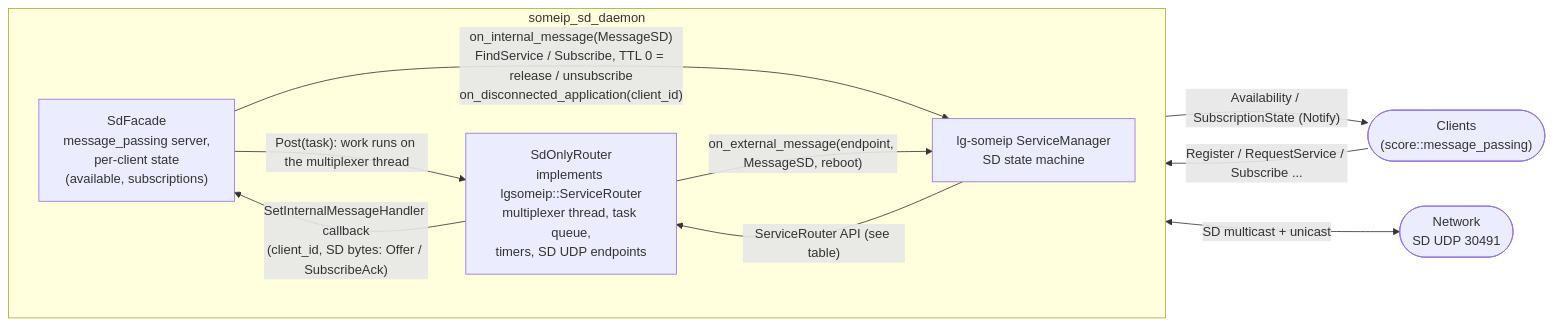
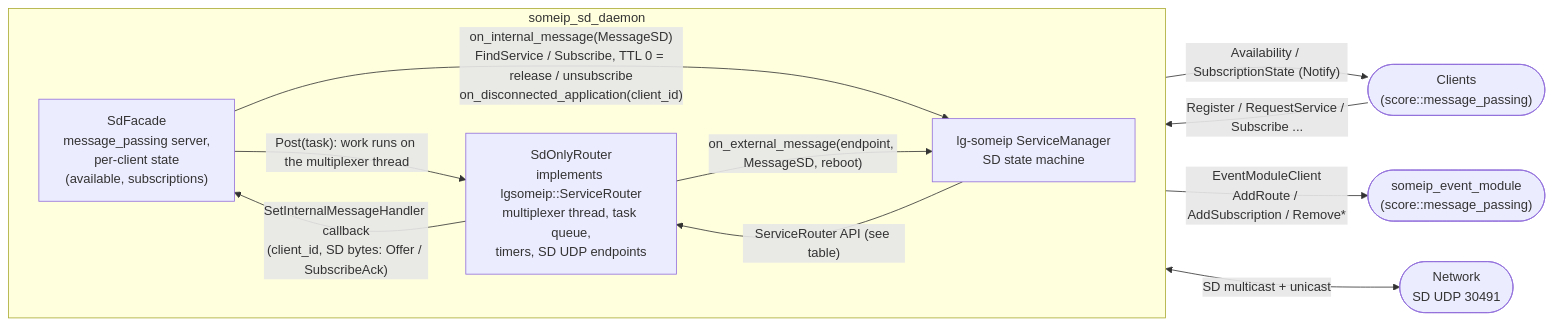
Before and after one commit to sergejwinterbmw/communication: the second of 2 diagrams in experimental/someip_sd/README.md, drawn with Mermaid. The commit also changed other lines of this file, not shown here.

Commit message:
add event module

````diff
--- a/experimental/someip_sd/README.md
+++ b/experimental/someip_sd/README.md
@@ -70,26 +84,28 @@
 ```mermaid
 flowchart LR
     client(["Clients<br/>(score::message_passing)"])
 
     subgraph daemon["someip_sd_daemon"]
         direction LR
         facade["SdFacade<br/>message_passing server,<br/>per-client state<br/>(available, subscriptions)"]
         sm["lg-someip ServiceManager<br/>SD state machine"]
         router["SdOnlyRouter<br/>implements lgsomeip::ServiceRouter<br/>multiplexer thread, task queue,<br/>timers, SD UDP endpoints"]
     end
 
     net(["Network<br/>SD UDP 30491"])
+    module(["someip_event_module<br/>(score::message_passing)"])
 
     client -- "Register / RequestService / Subscribe ..." --> facade
     facade -- "Availability / SubscriptionState (Notify)" --> client
 
     facade -- "Post(task): work runs on the multiplexer thread" --> router
     facade -- "on_internal_message(MessageSD)<br/>FindService / Subscribe, TTL 0 = release / unsubscribe<br/>on_disconnected_application(client_id)" --> sm
 
     router -- "SetInternalMessageHandler callback<br/>(client_id, SD bytes: Offer / SubscribeAck)" --> facade
 
     router -- "on_external_message(endpoint, MessageSD, reboot)" --> sm
     sm -- "ServiceRouter API (see table)" --> router
+    router -- "EventModuleClient<br/>AddRoute / AddSubscription / Remove*" --> module
 
     router <-- "SD multicast + unicast" --> net
 ```
````
